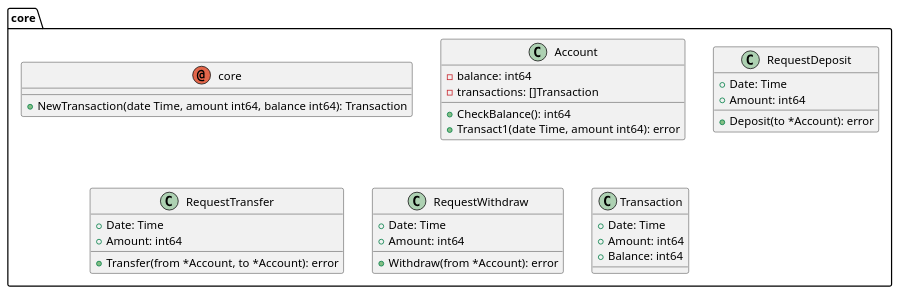
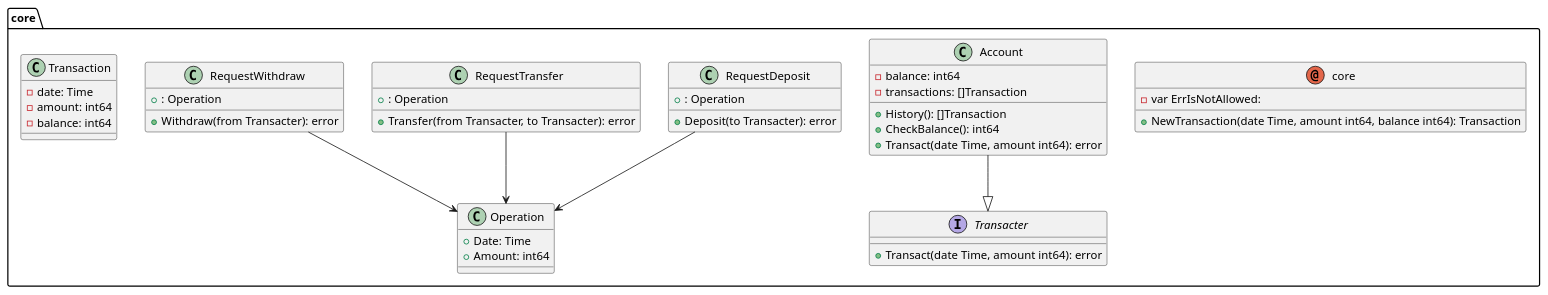
Before and after one commit to babakgh/kata: the diagram in bank_account/graph.puml, drawn with PlantUML. The commit also changed 13 other files, not shown here.

```diff
--- a/bank_account/graph.puml
+++ b/bank_account/graph.puml
@@ -1,38 +1,46 @@
 @startuml
 package core{
 annotation core {
 
-
+-var ErrIsNotAllowed: 
 +NewTransaction(date Time, amount int64, balance int64): Transaction
+}
+interface Transacter{
++Transact(date Time, amount int64): error
 }
 class Account {
 -balance: int64
 -transactions: []Transaction
++History(): []Transaction
 +CheckBalance(): int64
-+Transact1(date Time, amount int64): error
++Transact(date Time, amount int64): error
+}
+class Operation {
++Date: Time
++Amount: int64
+
 }
 class RequestDeposit {
-+Date: Time
-+Amount: int64
-+Deposit(to *Account): error
++: Operation
++Deposit(to Transacter): error
 }
 class RequestTransfer {
-+Date: Time
-+Amount: int64
-+Transfer(from *Account, to *Account): error
++: Operation
++Transfer(from Transacter, to Transacter): error
 }
 class RequestWithdraw {
-+Date: Time
-+Amount: int64
-+Withdraw(from *Account): error
++: Operation
++Withdraw(from Transacter): error
 }
 class Transaction {
-+Date: Time
-+Amount: int64
-+Balance: int64
+-date: Time
+-amount: int64
+-balance: int64
 
 }
 }
-
-
+"RequestDeposit" --> "Operation"
+"RequestTransfer" --> "Operation"
+"RequestWithdraw" --> "Operation"
+"Account" --|> "Transacter"
 @enduml
```
